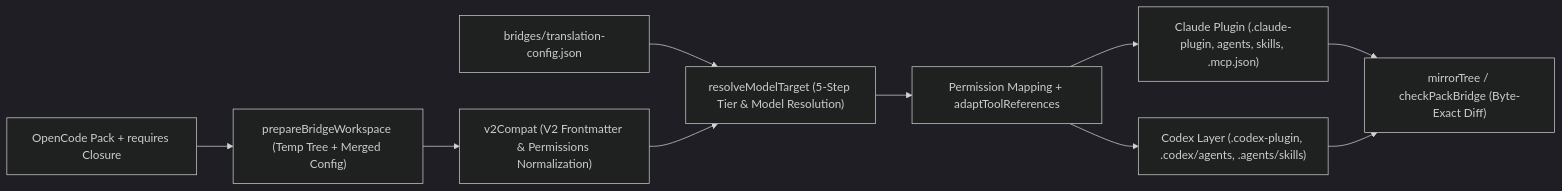
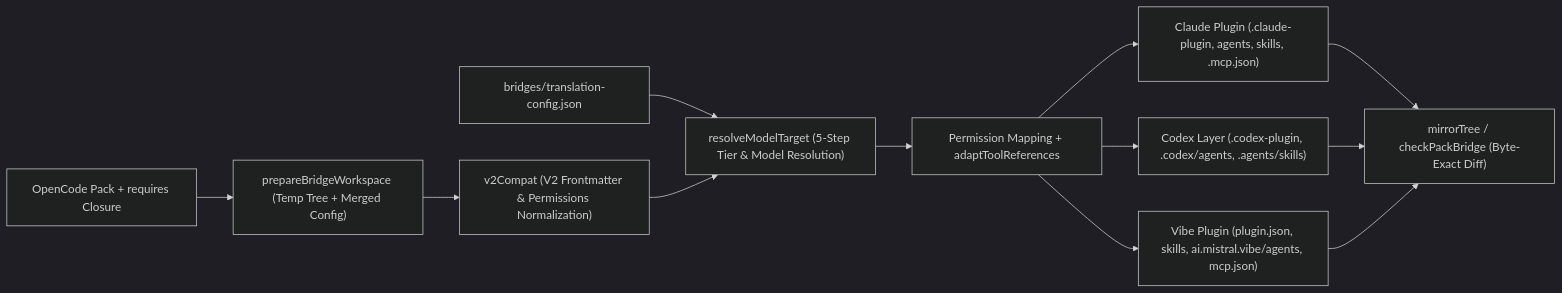
The diagram in wiki/concepts/cross-harness-translation.md (lorecanc/manage-agents), drawn with Mermaid (dark theme) before and after one commit. The commit also changed other lines of this file and 27 other files, not shown here.

First line of the commit message:
feat(bridge): complete the Mistral Vibe bridge with main agent profiles and native delegation

````diff
--- a/wiki/concepts/cross-harness-translation.md
+++ b/wiki/concepts/cross-harness-translation.md
@@ -33,12 +34,14 @@
 ```mermaid
 graph LR
     Pack["OpenCode Pack + requires Closure"] --> Stage["prepareBridgeWorkspace (Temp Tree + Merged Config)"]
     Stage --> V2Norm["v2Compat (V2 Frontmatter & Permissions Normalization)"]
     Config["bridges/translation-config.json"] --> ModelRes["resolveModelTarget (5-Step Tier & Model Resolution)"]
     V2Norm --> ModelRes
     ModelRes --> Adapt["Permission Mapping + adaptToolReferences"]
     Adapt --> ClaudeOut["Claude Plugin (.claude-plugin, agents, skills, .mcp.json)"]
     Adapt --> CodexOut["Codex Layer (.codex-plugin, .codex/agents, .agents/skills)"]
+    Adapt --> VibeOut["Vibe Plugin (plugin.json, skills, ai.mistral.vibe/agents, mcp.json)"]
     ClaudeOut --> Verify["mirrorTree / checkPackBridge (Byte-Exact Diff)"]
     CodexOut --> Verify
+    VibeOut --> Verify
 ```
````
